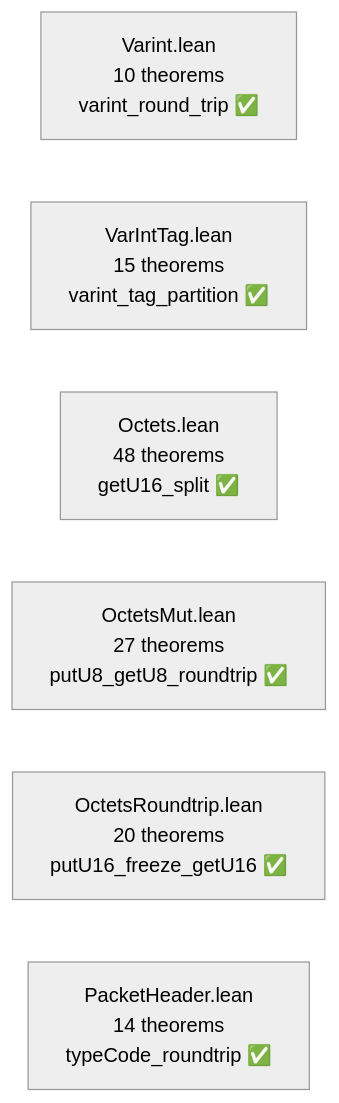
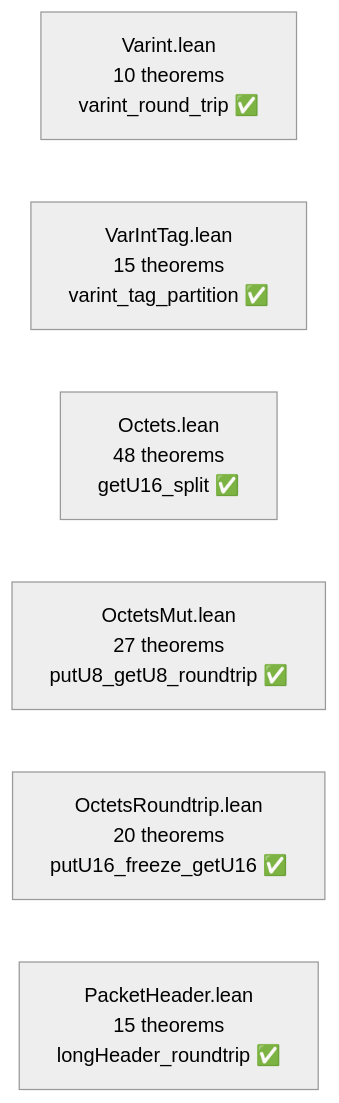
Before and after one commit to dsyme/quiche: the second of 7 diagrams in formal-verification/REPORT.md, drawn with Mermaid (neutral theme). The commit also changed other lines of this file and 1 other file, not shown here.

First line of the commit message:
formal-verification: close last sorry in PacketHeader.lean

````diff
--- a/formal-verification/REPORT.md
+++ b/formal-verification/REPORT.md
@@ -88,9 +90,9 @@
 ```mermaid
 graph LR
     V["Varint.lean<br/>10 theorems<br/>varint_round_trip ✅"]
     VT["VarIntTag.lean<br/>15 theorems<br/>varint_tag_partition ✅"]
     O["Octets.lean<br/>48 theorems<br/>getU16_split ✅"]
     OM["OctetsMut.lean<br/>27 theorems<br/>putU8_getU8_roundtrip ✅"]
     ORT["OctetsRoundtrip.lean<br/>20 theorems<br/>putU16_freeze_getU16 ✅"]
-    PH["PacketHeader.lean<br/>14 theorems<br/>typeCode_roundtrip ✅"]
+    PH["PacketHeader.lean<br/>15 theorems<br/>longHeader_roundtrip ✅"]
 ```
````
